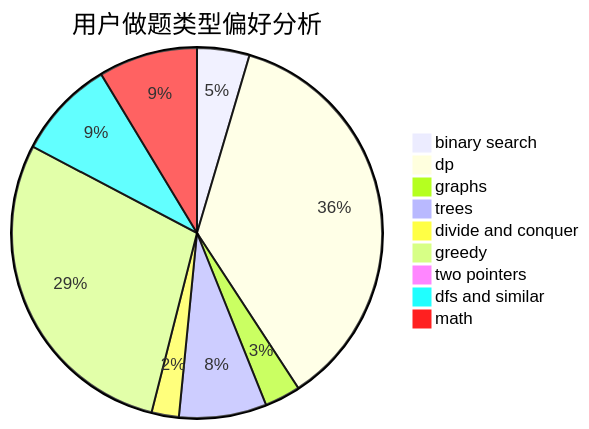
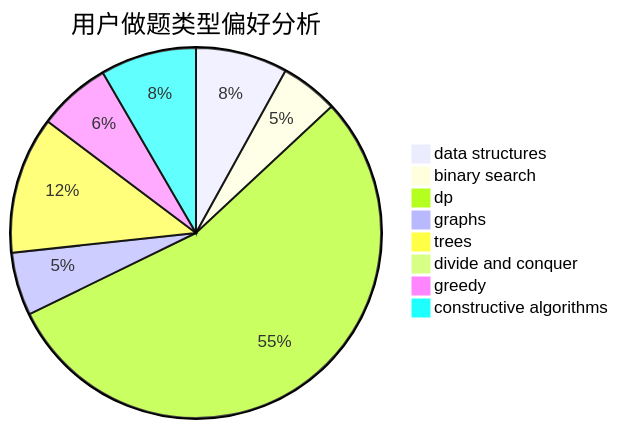
One commit to sherpahu/cfrs.github.io changed the second of 3 diagrams in docs/user/u1067.md. Above: the diagram before and after it, drawn with Mermaid. The commit also changed other lines of this file and 2775 other files, not shown here.

````diff
--- a/docs/user/u1067.md
+++ b/docs/user/u1067.md
@@ -23,12 +23,11 @@
 ```mermaid
 pie title 用户做题类型偏好分析
-    "binary search" :  73
-    "dp" :  578
-    "graphs" :  50
-    "trees" :  122
-    "divide and conquer" :  38
-    "greedy" :  459
-    "two pointers" :  3
-    "dfs and similar" :  138
-    "math" :  138
+    "data structures" :  67
+    "binary search" :  42
+    "dp" :  457
+    "graphs" :  46
+    "trees" :  100
+    "divide and conquer" :  3
+    "greedy" :  53
+    "constructive algorithms" :  70
 ```
````
